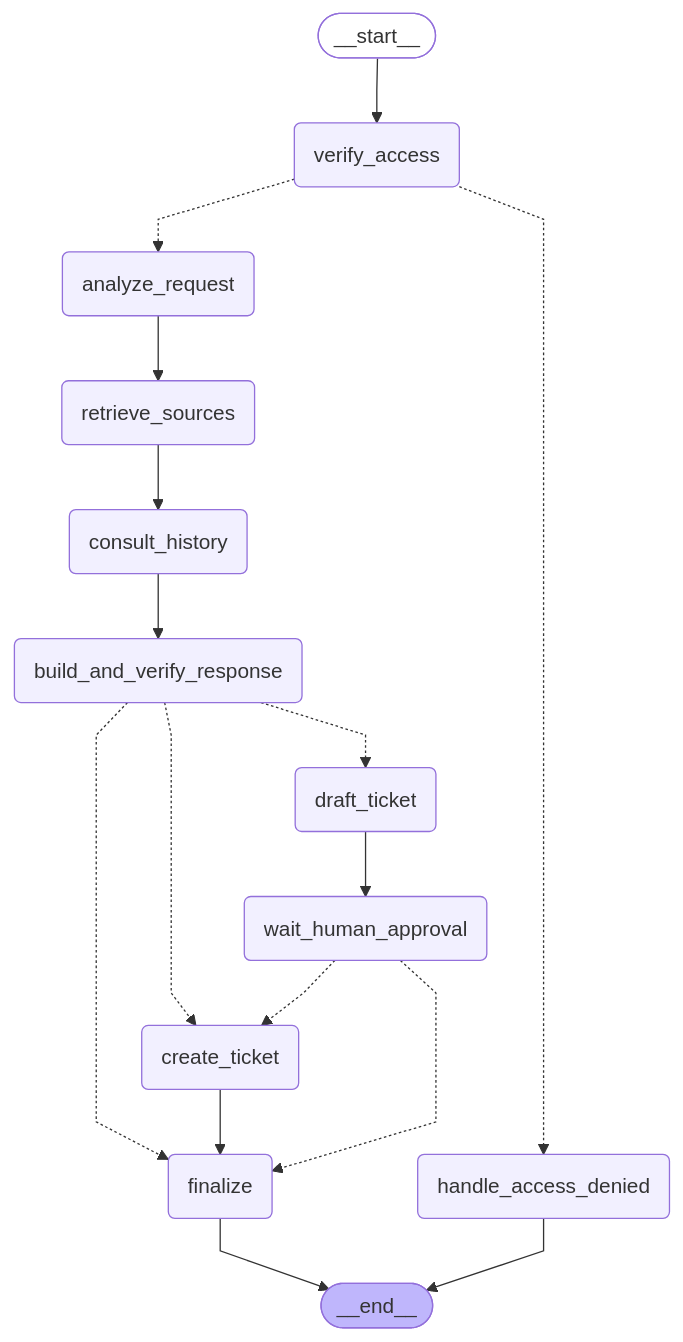
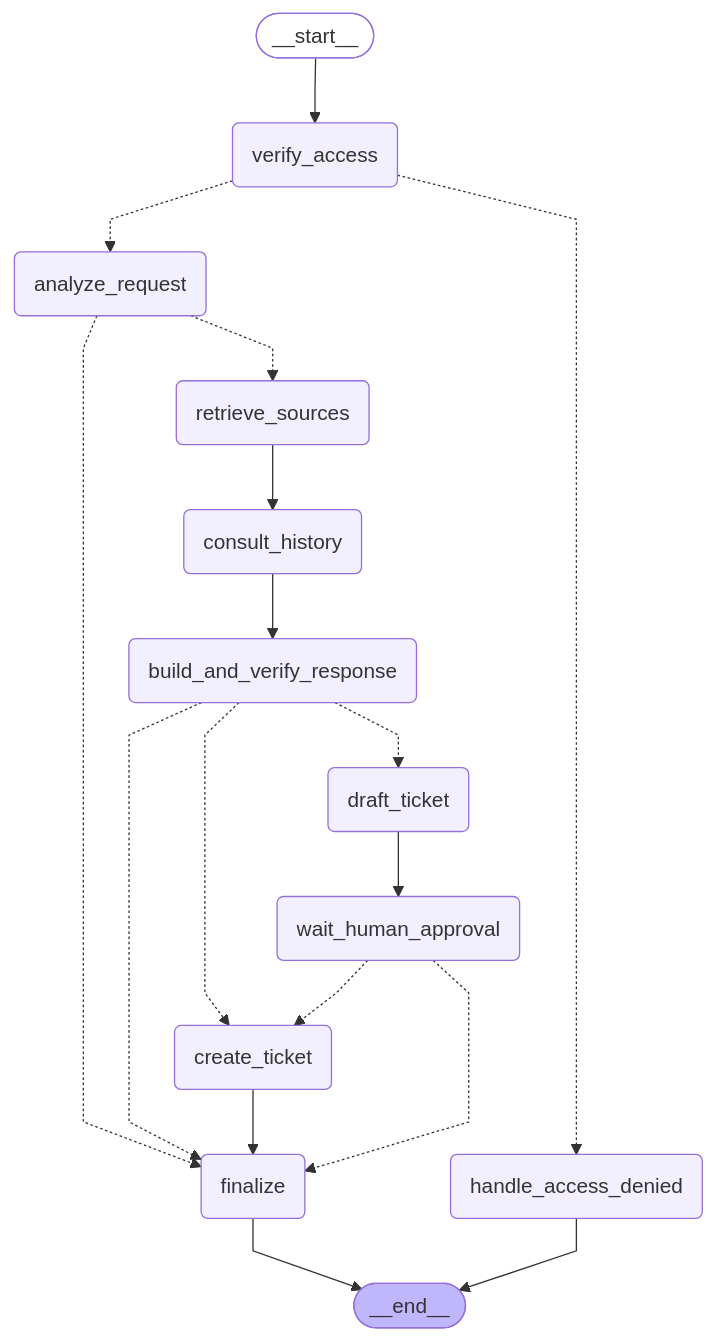
Before and after one commit to carteeeltheboss/MantiBox: the diagram in docs/architecture/workflow_graph.md, drawn with Mermaid. The commit also changed other lines of this file and 12 other files, not shown here.

````diff
--- a/docs/architecture/workflow_graph.md
+++ b/docs/architecture/workflow_graph.md
@@ -6,39 +6,40 @@
 ```mermaid
 ---
 config:
   flowchart:
     curve: linear
 ---
 graph TD;
 	__start__([<p>__start__</p>]):::first
 	verify_access(verify_access)
 	handle_access_denied(handle_access_denied)
 	analyze_request(analyze_request)
 	retrieve_sources(retrieve_sources)
 	consult_history(consult_history)
 	build_and_verify_response(build_and_verify_response)
 	draft_ticket(draft_ticket)
 	wait_human_approval(wait_human_approval)
 	create_ticket(create_ticket)
 	finalize(finalize)
 	__end__([<p>__end__</p>]):::last
 	__start__ --> verify_access;
-	analyze_request --> retrieve_sources;
+	analyze_request -.-> finalize;
+	analyze_request -.-> retrieve_sources;
 	build_and_verify_response -.-> create_ticket;
 	build_and_verify_response -.-> draft_ticket;
 	build_and_verify_response -.-> finalize;
 	consult_history --> build_and_verify_response;
 	create_ticket --> finalize;
 	draft_ticket --> wait_human_approval;
 	retrieve_sources --> consult_history;
 	verify_access -.-> analyze_request;
 	verify_access -.-> handle_access_denied;
 	wait_human_approval -.-> create_ticket;
 	wait_human_approval -.-> finalize;
 	finalize --> __end__;
 	handle_access_denied --> __end__;
 	classDef default fill:#f2f0ff,line-height:1.2
 	classDef first fill-opacity:0
 	classDef last fill:#bfb6fc
 
 ```
````
